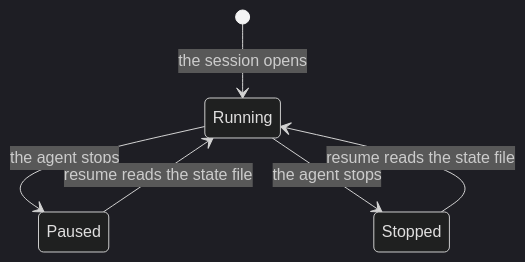
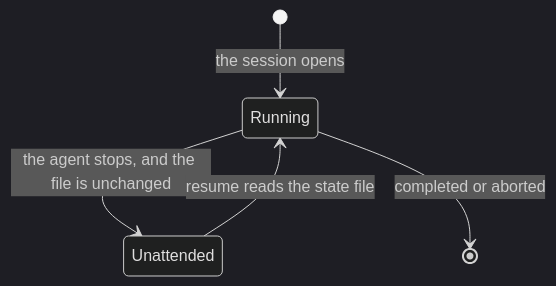
Diagram 35 of 36 in docs/state.md (m2ux/workflow-server), drawn with Mermaid (dark theme) before and after one commit. The commit also changed other lines of this file and 17 other files, not shown here.

````diff
--- a/docs/state.md
+++ b/docs/state.md
@@ -651,8 +655,7 @@
 ```mermaid
 stateDiagram-v2
   [*] --> Running: the session opens
-  Running --> Paused: the agent stops
-  Running --> Stopped: the agent stops
-  Paused --> Running: resume reads the state file
-  Stopped --> Running: resume reads the state file
+  Running --> Unattended: the agent stops, and the file is unchanged
+  Unattended --> Running: resume reads the state file
+  Running --> [*]: completed or aborted
 ```
````
